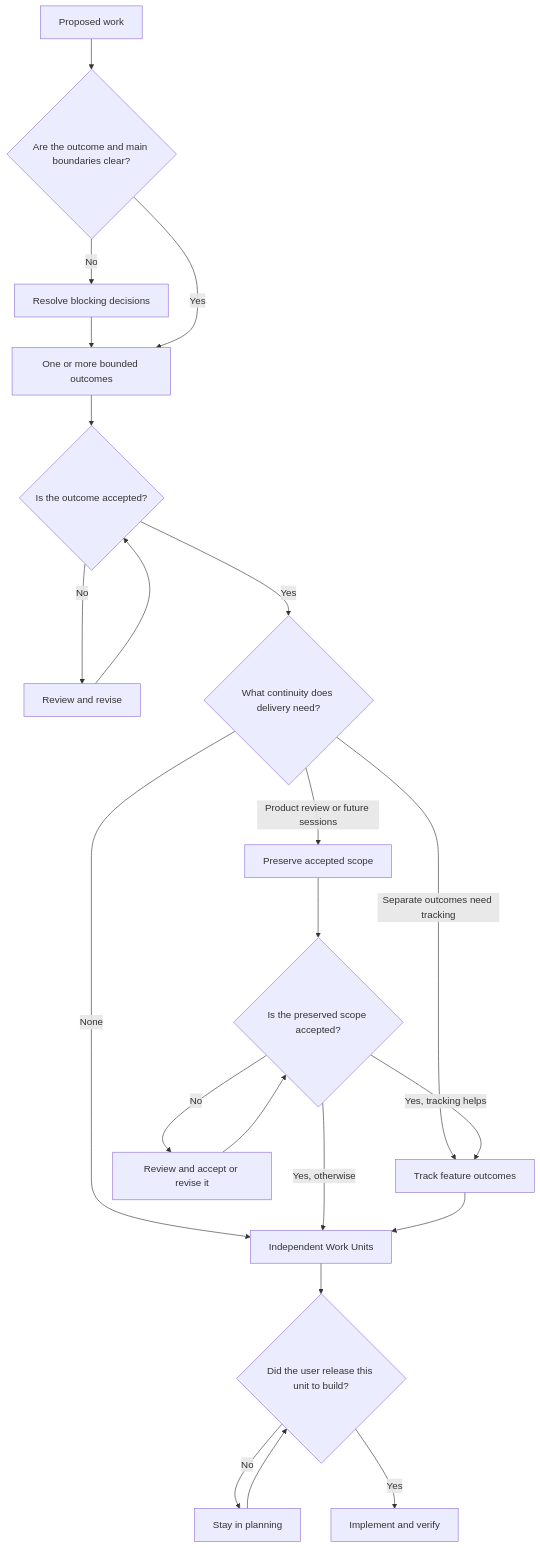
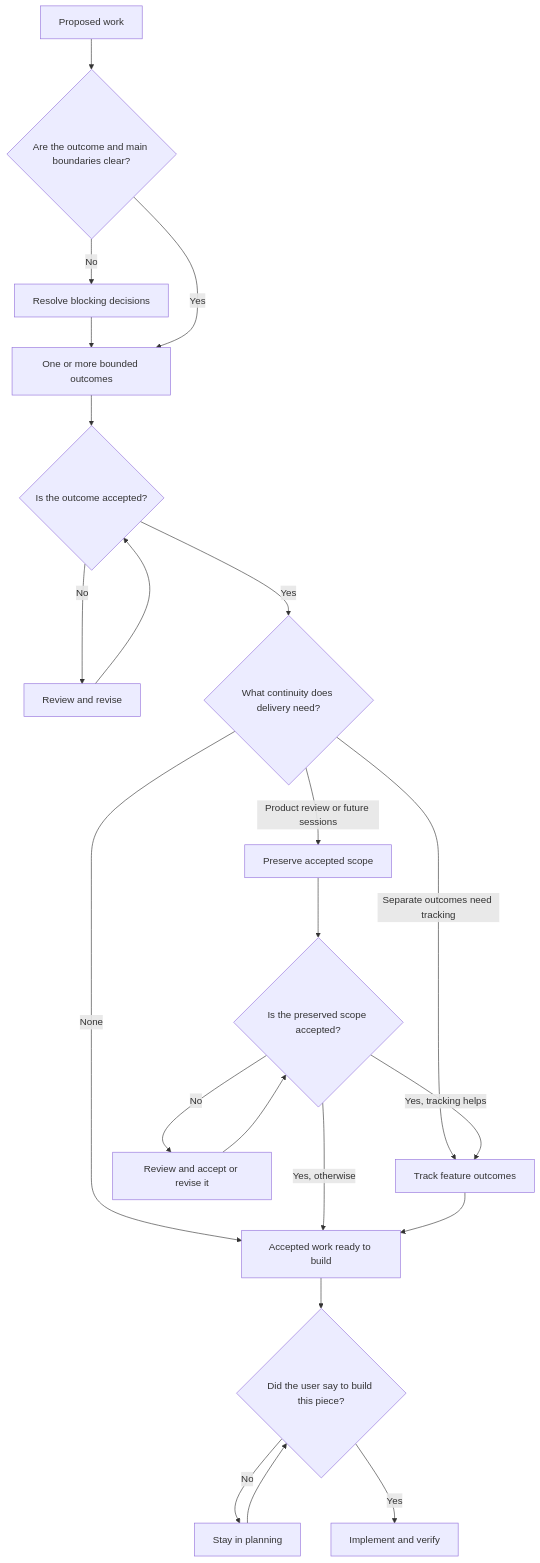
One commit to synorastudio/eng-playbook changed the diagram in README.md. Above: the diagram before and after it, drawn with Mermaid. The commit also changed other lines of this file and 14 other files, not shown here.

First line of the commit message:
refactor(playbook): retire the Work Unit and release vocabulary (#7)

````diff
--- a/README.md
+++ b/README.md
@@ -33,24 +33,24 @@
 ```mermaid
 flowchart TD
     proposed[Proposed work] --> clear{Are the outcome and main boundaries clear?}
     clear -->|No| resolve[Resolve blocking decisions]
     resolve --> bounded[One or more bounded outcomes]
     clear -->|Yes| bounded
     bounded --> accepted{Is the outcome accepted?}
     accepted -->|No| review[Review and revise]
     review --> accepted
     accepted -->|Yes| continuity{What continuity does delivery need?}
     continuity -->|Product review or future sessions| preserve[Preserve accepted scope]
     continuity -->|Separate outcomes need tracking| track[Track feature outcomes]
-    continuity -->|None| units[Independent Work Units]
+    continuity -->|None| ready[Accepted work ready to build]
     preserve --> preservedAccepted{Is the preserved scope accepted?}
     preservedAccepted -->|No| preserveReview[Review and accept or revise it]
     preserveReview --> preservedAccepted
     preservedAccepted -->|Yes, tracking helps| track
-    preservedAccepted -->|Yes, otherwise| units
-    track --> units
-    units --> released{Did the user release this unit to build?}
-    released -->|No| planning[Stay in planning]
-    planning --> released
-    released -->|Yes| implement[Implement and verify]
+    preservedAccepted -->|Yes, otherwise| ready
+    track --> ready
+    ready --> gate{Did the user say to build this piece?}
+    gate -->|No| planning[Stay in planning]
+    planning --> gate
+    gate -->|Yes| implement[Implement and verify]
 ```
````
